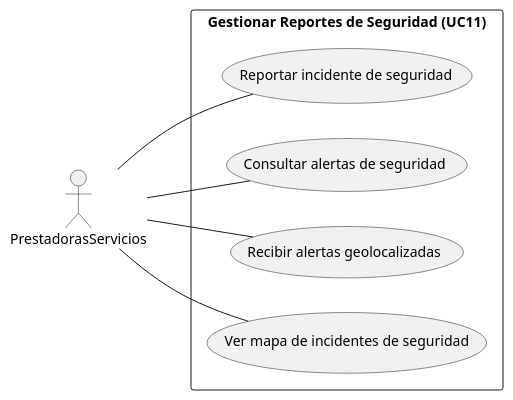
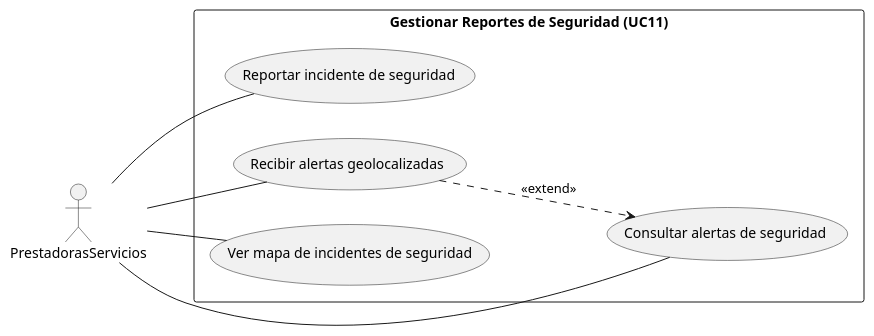
One commit to xdark-nessx20/SM-Xplore changed the diagram in docs/modelos/uc-lvl-1/gestionar-reportes-de-seguridad/prestadora-diagrama.puml. Above: the diagram before and after it, drawn with PlantUML. The commit also changed 3 other files, not shown here.

Commit message:
add include/extend relations to PDS lvl1 diagrams

```diff
--- a/docs/modelos/uc-lvl-1/gestionar-reportes-de-seguridad/prestadora-diagrama.puml
+++ b/docs/modelos/uc-lvl-1/gestionar-reportes-de-seguridad/prestadora-diagrama.puml
@@ -1,19 +1,21 @@
 @startuml
 
 left to right direction
 
 actor PrestadorasServicios as P
 
 rectangle "Gestionar Reportes de Seguridad (UC11)" {
     usecase "Reportar incidente de seguridad" as UC11_1
     usecase "Consultar alertas de seguridad" as UC11_2
     usecase "Recibir alertas geolocalizadas" as UC11_3
     usecase "Ver mapa de incidentes de seguridad" as UC11_4
 }
 
 P -- UC11_1
 P -- UC11_2
 P -- UC11_3
 P -- UC11_4
 
+UC11_3 ..> UC11_2 : <<extend>>
+
 @enduml
```
